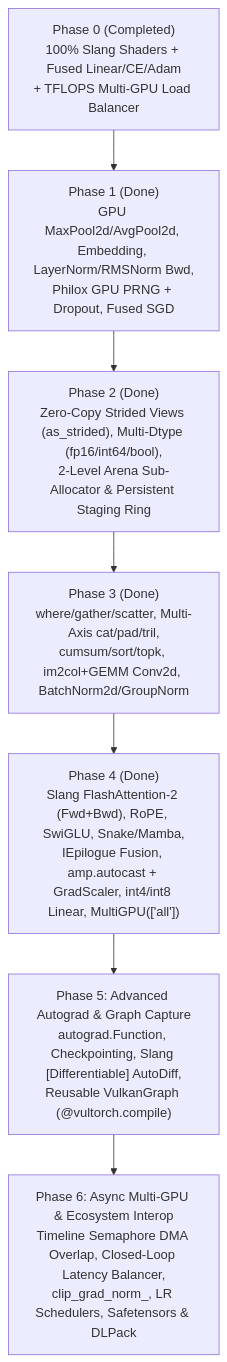
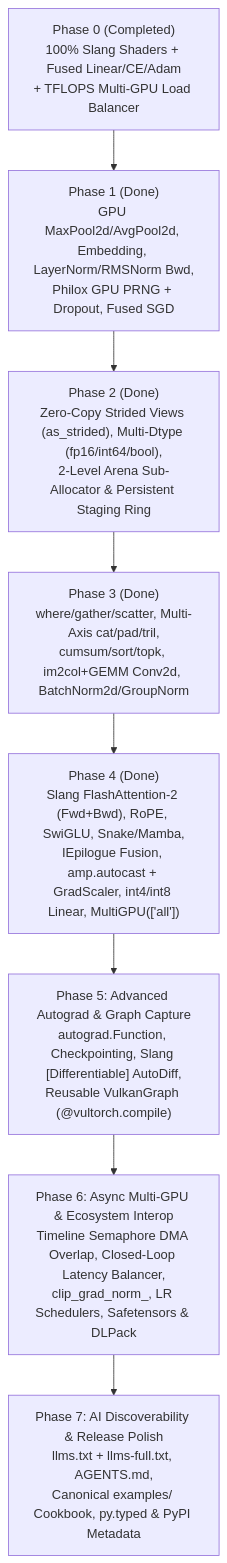
One commit to vinaybhargav/VulTorch changed the diagram in IMPLEMENTATION.md. Above: the diagram before and after it, drawn with Mermaid. The commit also changed other lines of this file and 5 other files, not shown here.

````diff
--- a/IMPLEMENTATION.md
+++ b/IMPLEMENTATION.md
@@ -377,12 +413,13 @@
 ```mermaid
 flowchart TD
     P0["Phase 0 (Completed)<br/>100% Slang Shaders + Fused Linear/CE/Adam<br/>+ TFLOPS Multi-GPU Load Balancer"]
     P1["Phase 1 (Done)<br/>GPU MaxPool2d/AvgPool2d, Embedding, LayerNorm/RMSNorm Bwd,<br/>Philox GPU PRNG + Dropout, Fused SGD"]
     P2["Phase 2 (Done)<br/>Zero-Copy Strided Views (as_strided), Multi-Dtype (fp16/int64/bool),<br/>2-Level Arena Sub-Allocator & Persistent Staging Ring"]
     P3["Phase 3 (Done)<br/>where/gather/scatter, Multi-Axis cat/pad/tril,<br/>cumsum/sort/topk, im2col+GEMM Conv2d, BatchNorm2d/GroupNorm"]
     P4["Phase 4 (Done)<br/>Slang FlashAttention-2 (Fwd+Bwd), RoPE, SwiGLU, Snake/Mamba,<br/>IEpilogue Fusion, amp.autocast + GradScaler, int4/int8 Linear, MultiGPU(['all'])"]
     P5["Phase 5: Advanced Autograd & Graph Capture<br/>autograd.Function, Checkpointing, Slang [Differentiable] AutoDiff,<br/>Reusable VulkanGraph (@vultorch.compile)"]
     P6["Phase 6: Async Multi-GPU & Ecosystem Interop<br/>Timeline Semaphore DMA Overlap, Closed-Loop Latency Balancer,<br/>clip_grad_norm_, LR Schedulers, Safetensors & DLPack"]
+    P7["Phase 7: AI Discoverability & Release Polish<br/>llms.txt + llms-full.txt, AGENTS.md,<br/>Canonical examples/ Cookbook, py.typed & PyPI Metadata"]
 
-    P0 --> P1 --> P2 --> P3 --> P4 --> P5 --> P6
+    P0 --> P1 --> P2 --> P3 --> P4 --> P5 --> P6 --> P7
 ```
````
